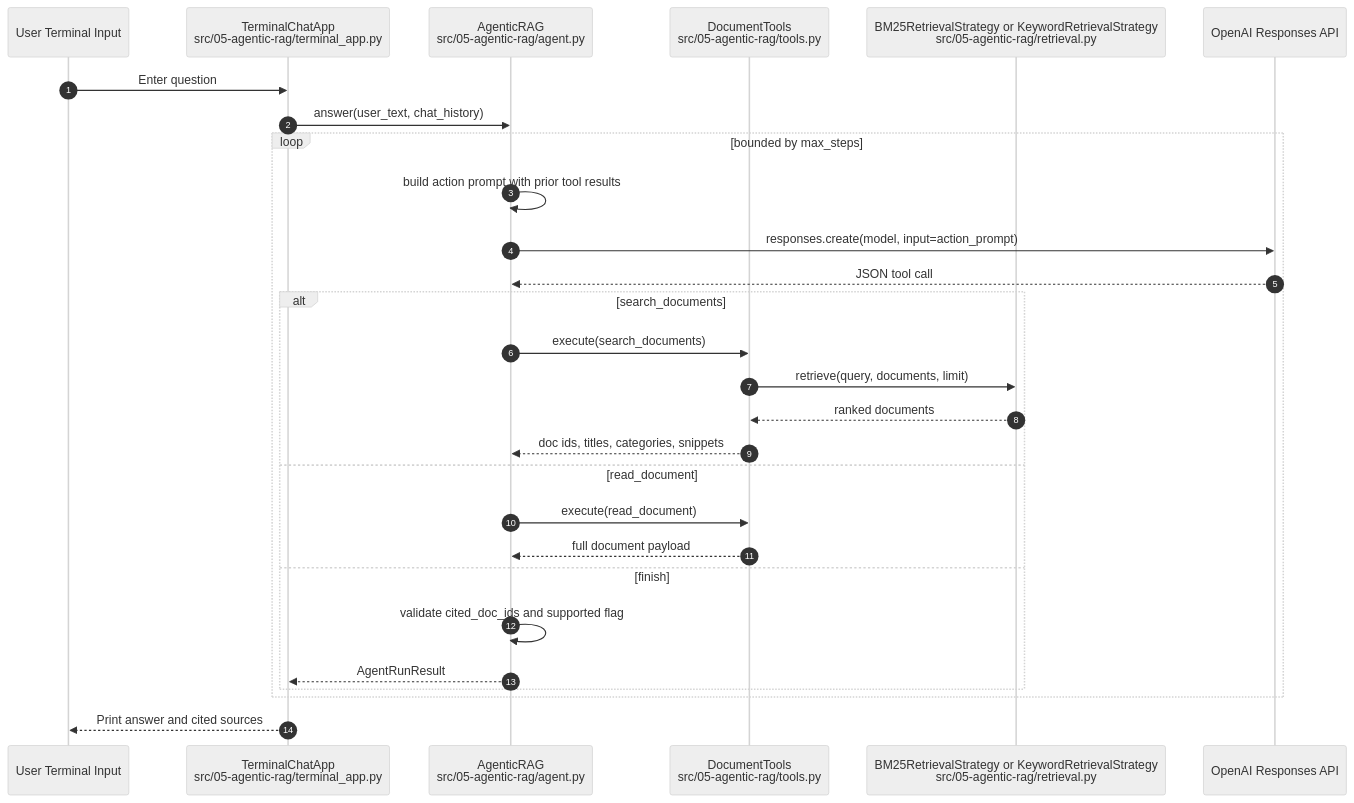
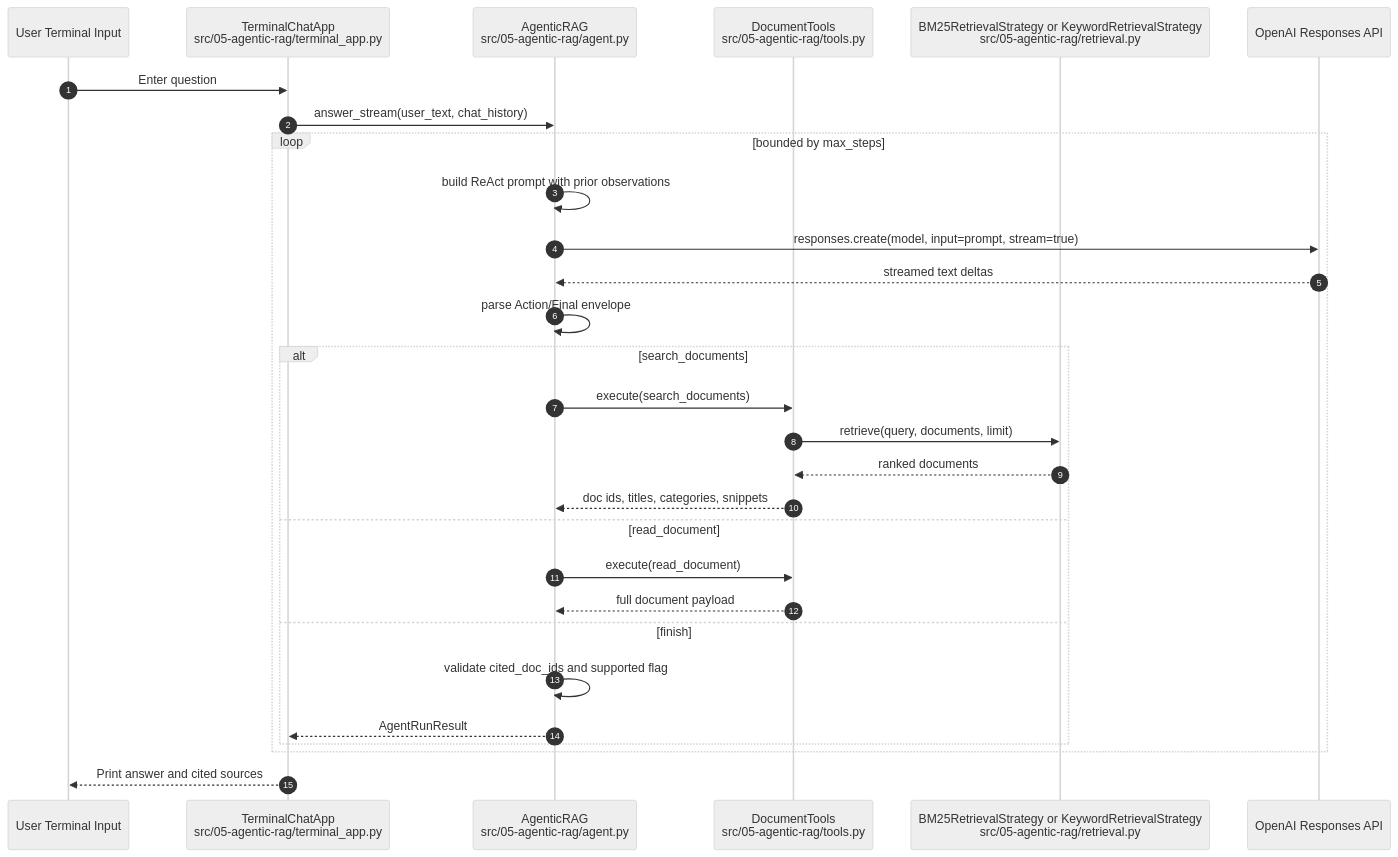
Before and after one commit to yao-creative/ai-playground: the first of 2 diagrams in src/05-agentic-rag/README.md, drawn with Mermaid (neutral theme). The commit also changed other lines of this file and 5 other files, not shown here.

````diff
--- a/src/05-agentic-rag/README.md
+++ b/src/05-agentic-rag/README.md
@@ -24,31 +24,32 @@
 ```mermaid
 sequenceDiagram
     autonumber
     participant User as User Terminal Input
     participant App as TerminalChatApp<br/>src/05-agentic-rag/terminal_app.py
     participant Agent as AgenticRAG<br/>src/05-agentic-rag/agent.py
     participant Tools as DocumentTools<br/>src/05-agentic-rag/tools.py
     participant Retriever as BM25RetrievalStrategy or KeywordRetrievalStrategy<br/>src/05-agentic-rag/retrieval.py
     participant OpenAI as OpenAI Responses API
 
     User->>App: Enter question
-    App->>Agent: answer(user_text, chat_history)
+    App->>Agent: answer_stream(user_text, chat_history)
     loop bounded by max_steps
-        Agent->>Agent: build action prompt with prior tool results
-        Agent->>OpenAI: responses.create(model, input=action_prompt)
-        OpenAI-->>Agent: JSON tool call
+        Agent->>Agent: build ReAct prompt with prior observations
+        Agent->>OpenAI: responses.create(model, input=prompt, stream=true)
+        OpenAI-->>Agent: streamed text deltas
+        Agent->>Agent: parse Action/Final envelope
         alt search_documents
             Agent->>Tools: execute(search_documents)
             Tools->>Retriever: retrieve(query, documents, limit)
             Retriever-->>Tools: ranked documents
             Tools-->>Agent: doc ids, titles, categories, snippets
         else read_document
             Agent->>Tools: execute(read_document)
             Tools-->>Agent: full document payload
         else finish
             Agent->>Agent: validate cited_doc_ids and supported flag
             Agent-->>App: AgentRunResult
         end
     end
     App-->>User: Print answer and cited sources
 ```
````
